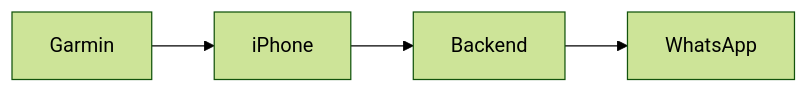
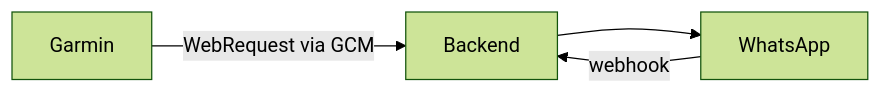
Before and after one commit to ItayBenben/Wrist2MSG: the diagram in Low_Level_Design.md, drawn with Mermaid (forest theme). The commit also changed other lines of this file and 4 other files, not shown here.

Commit message:
Refactor architecture to use WhatsApp Cloud API

````diff
--- a/Low_Level_Design.md
+++ b/Low_Level_Design.md
@@ -18,4 +19,5 @@
 ```mermaid
 flowchart LR
-    Garmin --> iPhone --> Backend --> WhatsApp
+    Garmin -- WebRequest via GCM --> Backend --> WhatsApp
+    WhatsApp -- webhook --> Backend
 ```
````
